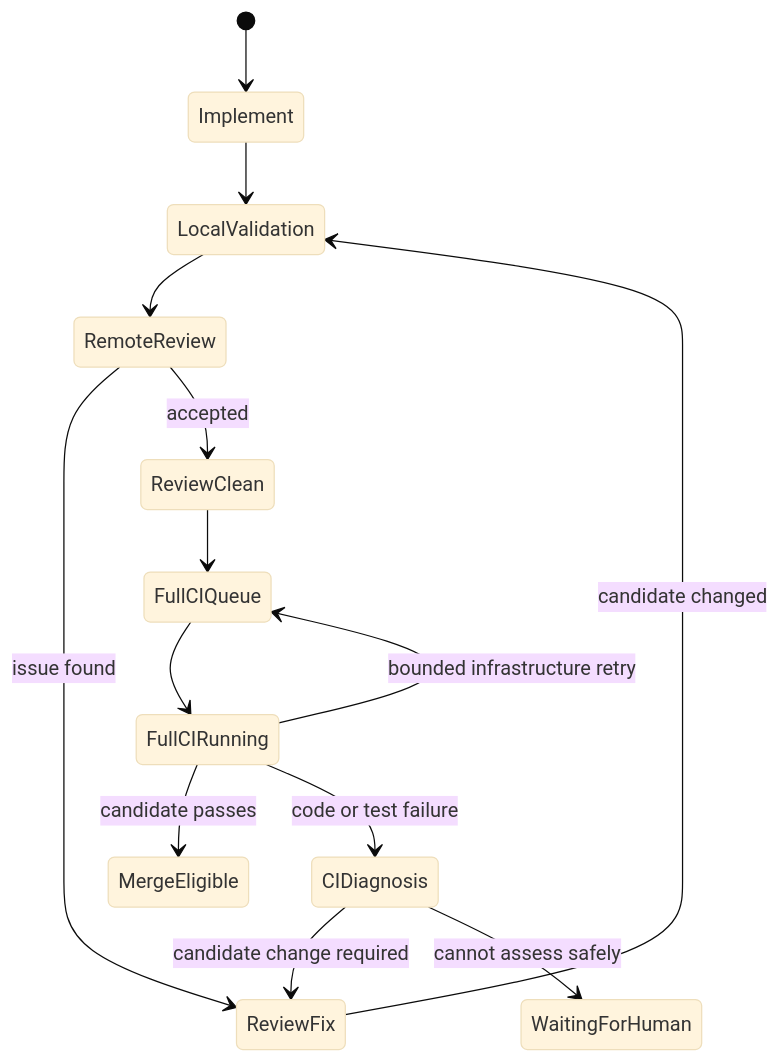
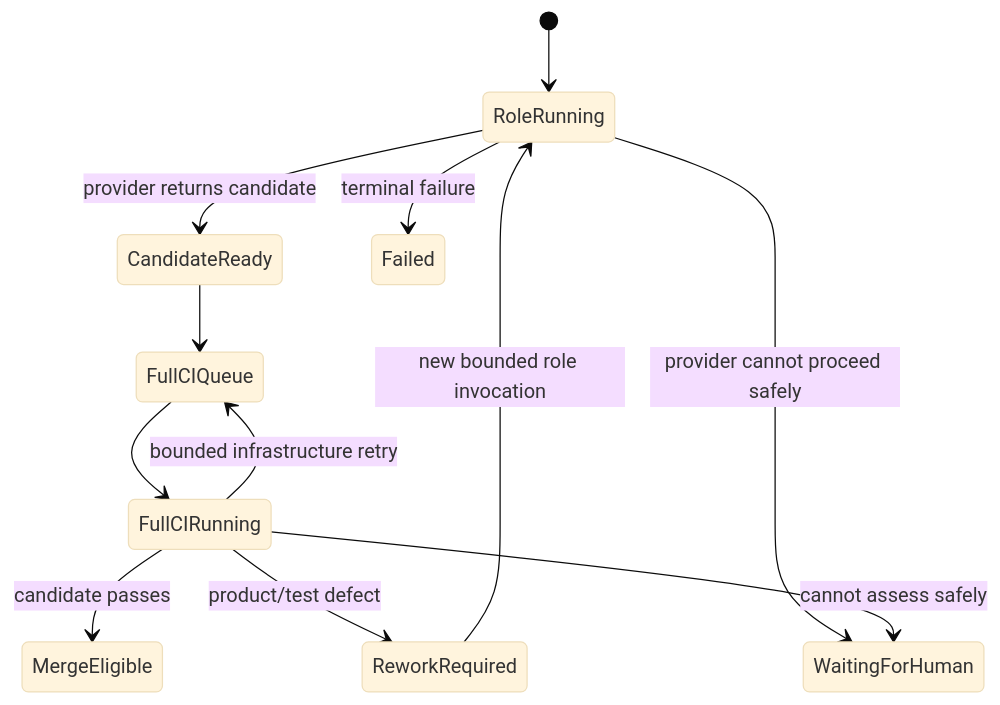
Before and after one commit to msbi-ltd/agentic-harness-deep-dives: the fourth of 5 diagrams in articles/architecture-evolution-from-conversational-loop-to-durable-controller.md, drawn with Mermaid (base theme). The commit also changed other lines of this file, not shown here.

````diff
--- a/articles/architecture-evolution-from-conversational-loop-to-durable-controller.md
+++ b/articles/architecture-evolution-from-conversational-loop-to-durable-controller.md
@@ -179,16 +294,14 @@
 ```mermaid
 stateDiagram-v2
-    [*] --> Implement
-    Implement --> LocalValidation
-    LocalValidation --> RemoteReview
-    RemoteReview --> ReviewFix: issue found
-    ReviewFix --> LocalValidation: candidate changed
-    RemoteReview --> ReviewClean: accepted
-    ReviewClean --> FullCIQueue
+    [*] --> RoleRunning
+    RoleRunning --> CandidateReady: provider returns candidate
+    RoleRunning --> WaitingForHuman: provider cannot proceed safely
+    RoleRunning --> Failed: terminal failure
+    CandidateReady --> FullCIQueue
     FullCIQueue --> FullCIRunning
     FullCIRunning --> MergeEligible: candidate passes
-    FullCIRunning --> CIDiagnosis: code or test failure
+    FullCIRunning --> ReworkRequired: product/test defect
     FullCIRunning --> FullCIQueue: bounded infrastructure retry
-    CIDiagnosis --> ReviewFix: candidate change required
-    CIDiagnosis --> WaitingForHuman: cannot assess safely
+    FullCIRunning --> WaitingForHuman: cannot assess safely
+    ReworkRequired --> RoleRunning: new bounded role invocation
 ```
````
